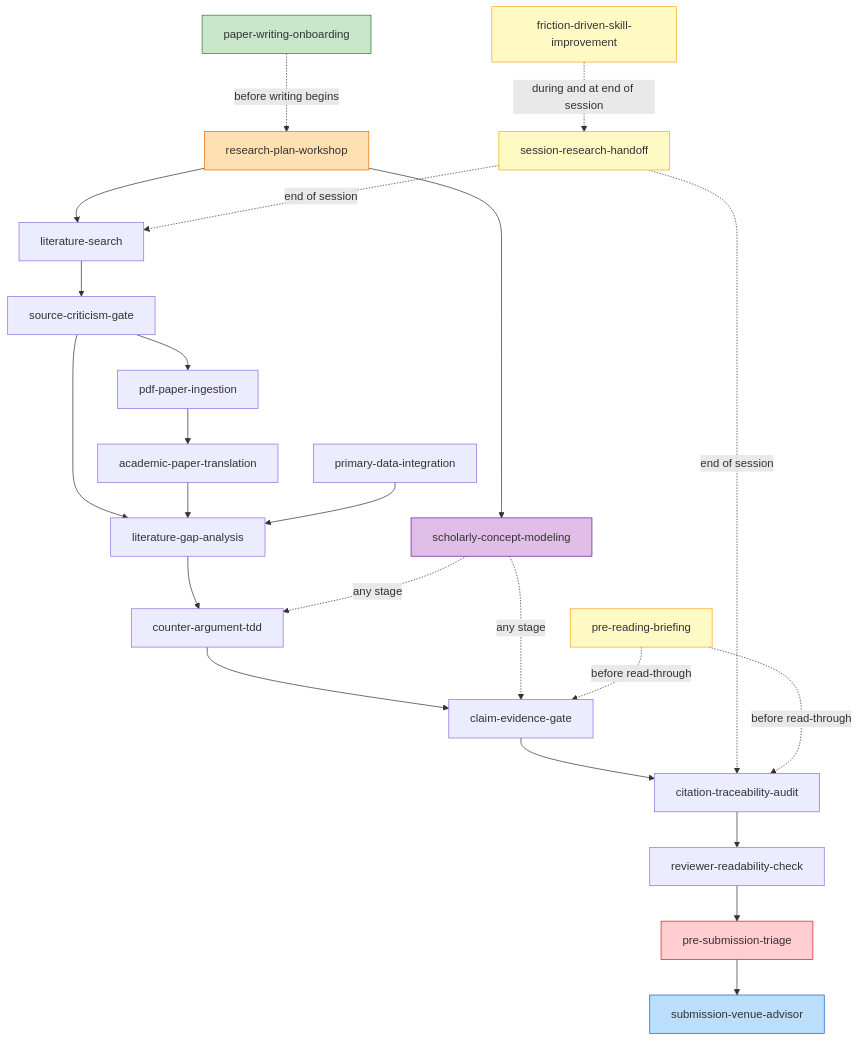
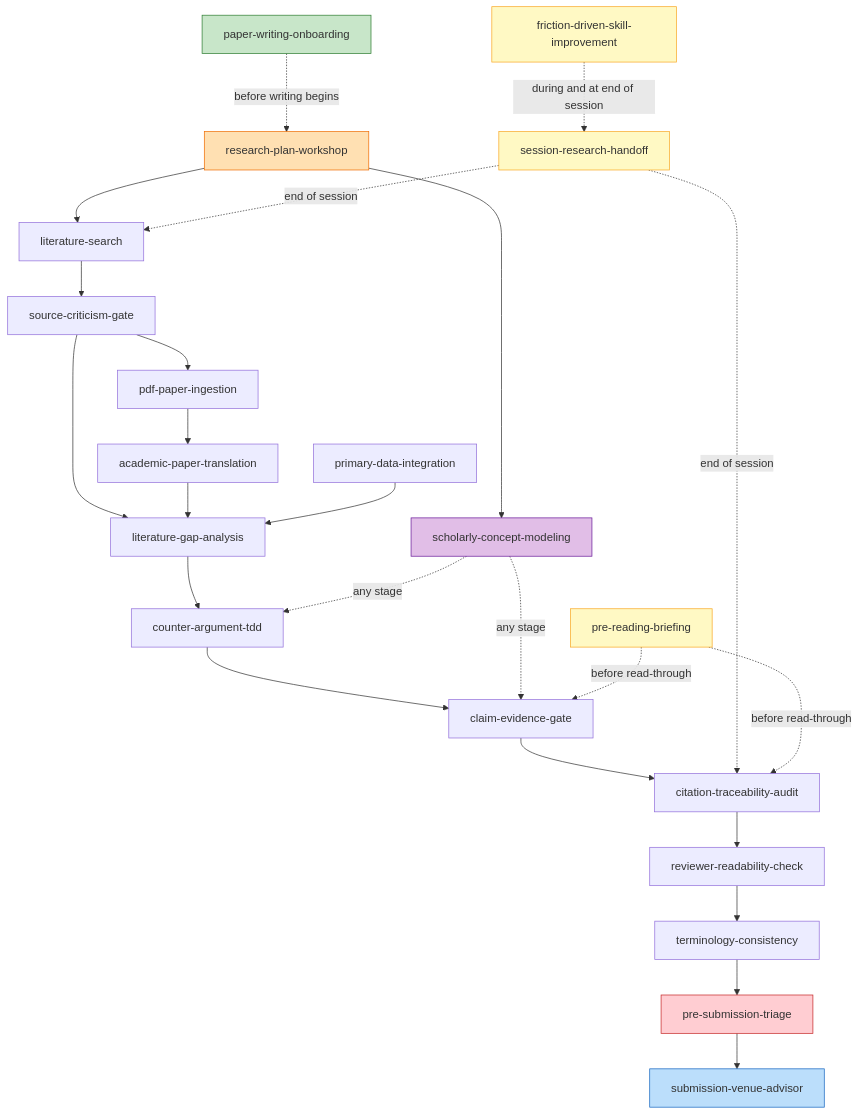
The diagram in skills/en/README.md (hideshi/scholarly-agent-skills), drawn with Mermaid before and after one commit. The commit also changed other lines of this file and 7 other files, not shown here.

````diff
--- a/skills/en/README.md
+++ b/skills/en/README.md
@@ -37,35 +38,36 @@
 ```mermaid
 graph TD
     K[paper-writing-onboarding] -.->|before writing begins| RP
     RP[research-plan-workshop] --> A
     RP --> F
     A[literature-search] --> SC[source-criticism-gate]
     SC --> B[pdf-paper-ingestion]
     B --> C[academic-paper-translation]
     SC --> E[literature-gap-analysis]
     C --> E
     D[primary-data-integration] --> E
     E --> G[counter-argument-tdd]
     G --> H[claim-evidence-gate]
     H --> I[citation-traceability-audit]
     I --> RR[reviewer-readability-check]
-    RR --> PT[pre-submission-triage]
+    RR --> TC[terminology-consistency]
+    TC --> PT[pre-submission-triage]
     PT --> L[submission-venue-advisor]
 
     F[scholarly-concept-modeling] -.->|any stage| G
     F -.->|any stage| H
     J[session-research-handoff] -.->|end of session| A
     J -.->|end of session| I
     PR[pre-reading-briefing] -.->|before read-through| H
     PR -.->|before read-through| I
     FD[friction-driven-skill-improvement] -.->|during and at end of session| J
 
     style K fill:#c8e6c9,stroke:#2e7d32
     style RP fill:#ffe0b2,stroke:#ef6c00
     style F fill:#e1bee7,stroke:#6a1b9a
     style J fill:#fff9c4,stroke:#f9a825
     style PR fill:#fff9c4,stroke:#f9a825
     style FD fill:#fff9c4,stroke:#f9a825
     style PT fill:#ffcdd2,stroke:#c62828
     style L fill:#bbdefb,stroke:#1565c0
 ```
````
